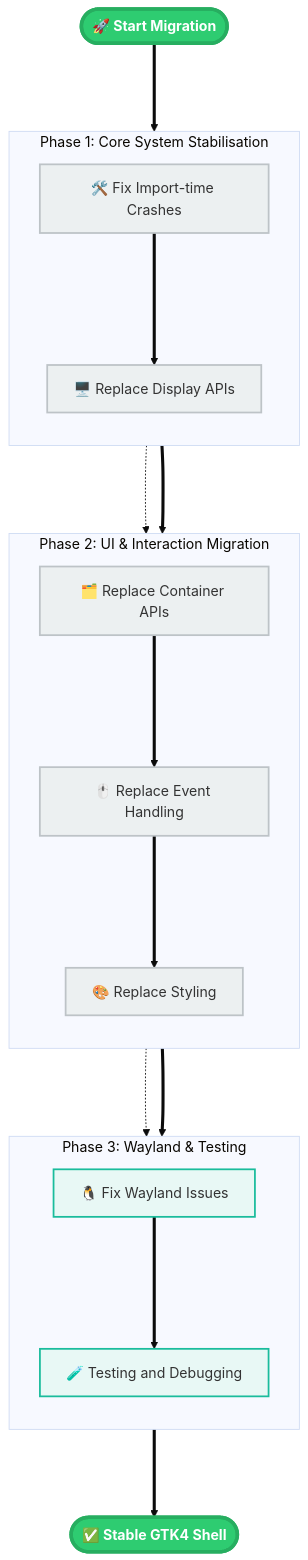
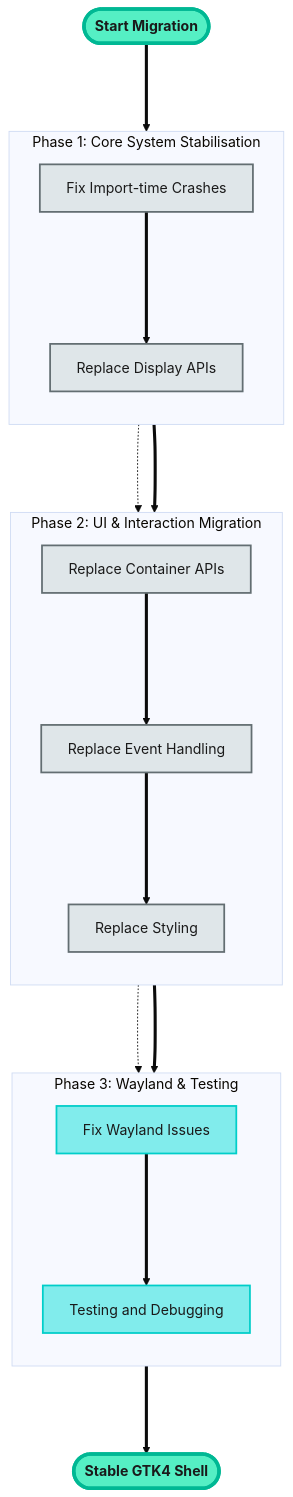
The seventh of 9 diagrams in proposal.md (Dev10-sys/sugar-proposal-gtk), drawn with Mermaid (base theme) before and after one commit. The commit also changed other lines of this file, not shown here.

Commit message:
Polish all diagrams: remove emojis, dark text, professional styling

````diff
--- a/proposal.md
+++ b/proposal.md
@@ -479,47 +492,47 @@
 ```mermaid
 flowchart TD
     %% Workflow Definition
-    Start([🚀 Start Migration])
+    Start(["Start Migration"])
 
     subgraph CoreStabilisation ["Phase 1: Core System Stabilisation"]
         direction TB
-        A["🛠️ Fix Import-time Crashes"]
-        B["🖥️ Replace Display APIs"]
+        A["Fix Import-time Crashes"]
+        B["Replace Display APIs"]
     end
 
     subgraph APIMigration ["Phase 2: UI & Interaction Migration"]
         direction TB
-        C["🗂️ Replace Container APIs"]
-        D["🖱️ Replace Event Handling"]
-        E["🎨 Replace Styling"]
+        C["Replace Container APIs"]
+        D["Replace Event Handling"]
+        E["Replace Styling"]
     end
 
     subgraph WaylandCompat ["Phase 3: Wayland & Testing"]
         direction TB
-        F["🐧 Fix Wayland Issues"]
-        G["🧪 Testing and Debugging"]
+        F["Fix Wayland Issues"]
+        G["Testing and Debugging"]
     end
 
-    H([✅ Stable GTK4 Shell])
+    H(["Stable GTK4 Shell"])
 
     %% Flow
     Start ===> CoreStabilisation
     A ===> B
     CoreStabilisation ===> APIMigration
     B -.-> C
     C ===> D
     D ===> E
     APIMigration ===> WaylandCompat
     E -.-> F
     F ===> G
     WaylandCompat ===> H
 
-    %% Aesthetic Styling
-    classDef startEnd fill:#2ecc71,stroke:#27ae60,stroke-width:4px,color:#fff,font-weight:bold;
-    classDef process fill:#ecf0f1,stroke:#bdc3c7,stroke-width:2px;
-    classDef processTarget fill:#e8f8f5,stroke:#1abc9c,stroke-width:2px;
-    
+    %% Styling
+    classDef startEnd fill:#55efc4,stroke:#00b894,stroke-width:4px,color:#1a1a1a,font-weight:bold;
+    classDef process fill:#dfe6e9,stroke:#636e72,stroke-width:2px,color:#1a1a1a;
+    classDef processTarget fill:#81ecec,stroke:#00cec9,stroke-width:2px,color:#1a1a1a;
+
     class Start,H startEnd;
     class A,B,C,D,E process;
     class F,G processTarget;
 ```
````
